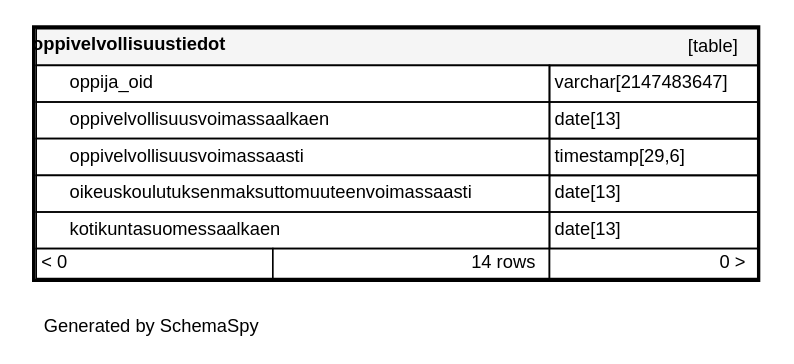
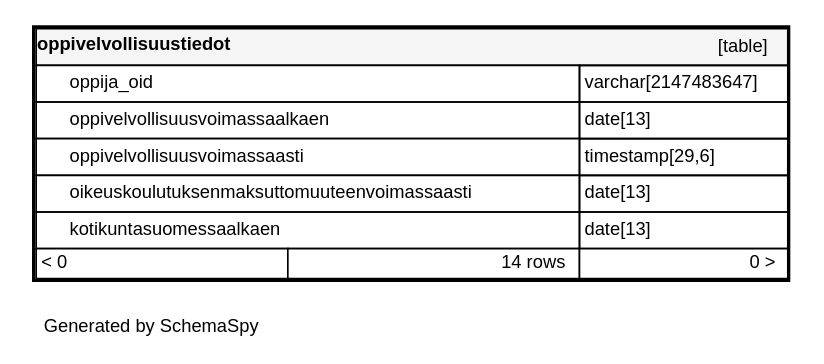
Before and after one commit to Opetushallitus/koski: the diagram in documentation/tietokantaskeemat/koski-raportointikanta/diagrams/tables/oppivelvollisuustiedot.1degree.dot, drawn with Graphviz. The commit also changed 255 other files, not shown here.

```diff
--- a/documentation/tietokantaskeemat/koski-raportointikanta/diagrams/tables/oppivelvollisuustiedot.1degree.dot
+++ b/documentation/tietokantaskeemat/koski-raportointikanta/diagrams/tables/oppivelvollisuustiedot.1degree.dot
@@ -1,18 +1,18 @@
 digraph "oneDegreeRelationshipsDiagram" {
   graph [    rankdir="RL"    bgcolor="#ffffff"    label="\nGenerated by SchemaSpy"    labeljust="l"    nodesep="0.18"    ranksep="0.46"    fontname="Helvetica"    fontsize="11"    ration="compress"  ];  node [    fontname="Helvetica"    fontsize="11"    shape="plaintext"  ];  edge [    arrowsize="0.8"  ];
   "oppivelvollisuustiedot" [
    label=<
     <TABLE BORDER="2" CELLBORDER="1" CELLSPACING="0" BGCOLOR="#ffffff">
-      <TR><TD COLSPAN="4"  BGCOLOR="#f5f5f5"><TABLE BORDER="0" CELLSPACING="0"><TR><TD ALIGN="LEFT" FIXEDSIZE="TRUE" WIDTH="126" HEIGHT="16"><B>oppivelvollisuustiedot</B></TD><TD ALIGN="RIGHT">[table]</TD></TR></TABLE></TD></TR>
-      <TR><TD PORT="oppija_oid" COLSPAN="2" BGCOLOR="#ffffff" ALIGN="LEFT"><TABLE BORDER="0" CELLSPACING="0" ALIGN="LEFT"><TR ALIGN="LEFT"><TD ALIGN="LEFT" FIXEDSIZE="TRUE" WIDTH="15" HEIGHT="16"></TD><TD ALIGN="LEFT" FIXEDSIZE="TRUE" WIDTH="287" HEIGHT="16">oppija_oid</TD></TR></TABLE></TD><TD PORT="oppija_oid.type" ALIGN="LEFT">varchar[2147483647]</TD></TR>
-      <TR><TD PORT="oppivelvollisuusvoimassaalkaen" COLSPAN="2" ALIGN="LEFT"><TABLE BORDER="0" CELLSPACING="0" ALIGN="LEFT"><TR ALIGN="LEFT"><TD ALIGN="LEFT" FIXEDSIZE="TRUE" WIDTH="15" HEIGHT="16"></TD><TD ALIGN="LEFT" FIXEDSIZE="TRUE" WIDTH="287" HEIGHT="16">oppivelvollisuusvoimassaalkaen</TD></TR></TABLE></TD><TD PORT="oppivelvollisuusvoimassaalkaen.type" ALIGN="LEFT">date[13]</TD></TR>
-      <TR><TD PORT="oppivelvollisuusvoimassaasti" COLSPAN="2" BGCOLOR="#ffffff" ALIGN="LEFT"><TABLE BORDER="0" CELLSPACING="0" ALIGN="LEFT"><TR ALIGN="LEFT"><TD ALIGN="LEFT" FIXEDSIZE="TRUE" WIDTH="15" HEIGHT="16"></TD><TD ALIGN="LEFT" FIXEDSIZE="TRUE" WIDTH="287" HEIGHT="16">oppivelvollisuusvoimassaasti</TD></TR></TABLE></TD><TD PORT="oppivelvollisuusvoimassaasti.type" ALIGN="LEFT">timestamp[29,6]</TD></TR>
-      <TR><TD PORT="oikeuskoulutuksenmaksuttomuuteenvoimassaasti" COLSPAN="2" BGCOLOR="#ffffff" ALIGN="LEFT"><TABLE BORDER="0" CELLSPACING="0" ALIGN="LEFT"><TR ALIGN="LEFT"><TD ALIGN="LEFT" FIXEDSIZE="TRUE" WIDTH="15" HEIGHT="16"></TD><TD ALIGN="LEFT" FIXEDSIZE="TRUE" WIDTH="287" HEIGHT="16">oikeuskoulutuksenmaksuttomuuteenvoimassaasti</TD></TR></TABLE></TD><TD PORT="oikeuskoulutuksenmaksuttomuuteenvoimassaasti.type" ALIGN="LEFT">date[13]</TD></TR>
-      <TR><TD PORT="kotikuntasuomessaalkaen" COLSPAN="2" ALIGN="LEFT"><TABLE BORDER="0" CELLSPACING="0" ALIGN="LEFT"><TR ALIGN="LEFT"><TD ALIGN="LEFT" FIXEDSIZE="TRUE" WIDTH="15" HEIGHT="16"></TD><TD ALIGN="LEFT" FIXEDSIZE="TRUE" WIDTH="287" HEIGHT="16">kotikuntasuomessaalkaen</TD></TR></TABLE></TD><TD PORT="kotikuntasuomessaalkaen.type" ALIGN="LEFT">date[13]</TD></TR>
+      <TR><TD COLSPAN="4"  BGCOLOR="#f5f5f5"><TABLE BORDER="0" CELLSPACING="0"><TR><TD ALIGN="LEFT" FIXEDSIZE="TRUE" WIDTH="132" HEIGHT="16"><B>oppivelvollisuustiedot</B></TD><TD ALIGN="RIGHT">[table]</TD></TR></TABLE></TD></TR>
+      <TR><TD PORT="oppija_oid" COLSPAN="2" BGCOLOR="#ffffff" ALIGN="LEFT"><TABLE BORDER="0" CELLSPACING="0" ALIGN="LEFT"><TR ALIGN="LEFT"><TD ALIGN="LEFT" FIXEDSIZE="TRUE" WIDTH="15" HEIGHT="16"></TD><TD ALIGN="LEFT" FIXEDSIZE="TRUE" WIDTH="305" HEIGHT="16">oppija_oid</TD></TR></TABLE></TD><TD PORT="oppija_oid.type" ALIGN="LEFT">varchar[2147483647]</TD></TR>
+      <TR><TD PORT="oppivelvollisuusvoimassaalkaen" COLSPAN="2" ALIGN="LEFT"><TABLE BORDER="0" CELLSPACING="0" ALIGN="LEFT"><TR ALIGN="LEFT"><TD ALIGN="LEFT" FIXEDSIZE="TRUE" WIDTH="15" HEIGHT="16"></TD><TD ALIGN="LEFT" FIXEDSIZE="TRUE" WIDTH="305" HEIGHT="16">oppivelvollisuusvoimassaalkaen</TD></TR></TABLE></TD><TD PORT="oppivelvollisuusvoimassaalkaen.type" ALIGN="LEFT">date[13]</TD></TR>
+      <TR><TD PORT="oppivelvollisuusvoimassaasti" COLSPAN="2" BGCOLOR="#ffffff" ALIGN="LEFT"><TABLE BORDER="0" CELLSPACING="0" ALIGN="LEFT"><TR ALIGN="LEFT"><TD ALIGN="LEFT" FIXEDSIZE="TRUE" WIDTH="15" HEIGHT="16"></TD><TD ALIGN="LEFT" FIXEDSIZE="TRUE" WIDTH="305" HEIGHT="16">oppivelvollisuusvoimassaasti</TD></TR></TABLE></TD><TD PORT="oppivelvollisuusvoimassaasti.type" ALIGN="LEFT">timestamp[29,6]</TD></TR>
+      <TR><TD PORT="oikeuskoulutuksenmaksuttomuuteenvoimassaasti" COLSPAN="2" BGCOLOR="#ffffff" ALIGN="LEFT"><TABLE BORDER="0" CELLSPACING="0" ALIGN="LEFT"><TR ALIGN="LEFT"><TD ALIGN="LEFT" FIXEDSIZE="TRUE" WIDTH="15" HEIGHT="16"></TD><TD ALIGN="LEFT" FIXEDSIZE="TRUE" WIDTH="305" HEIGHT="16">oikeuskoulutuksenmaksuttomuuteenvoimassaasti</TD></TR></TABLE></TD><TD PORT="oikeuskoulutuksenmaksuttomuuteenvoimassaasti.type" ALIGN="LEFT">date[13]</TD></TR>
+      <TR><TD PORT="kotikuntasuomessaalkaen" COLSPAN="2" ALIGN="LEFT"><TABLE BORDER="0" CELLSPACING="0" ALIGN="LEFT"><TR ALIGN="LEFT"><TD ALIGN="LEFT" FIXEDSIZE="TRUE" WIDTH="15" HEIGHT="16"></TD><TD ALIGN="LEFT" FIXEDSIZE="TRUE" WIDTH="305" HEIGHT="16">kotikuntasuomessaalkaen</TD></TR></TABLE></TD><TD PORT="kotikuntasuomessaalkaen.type" ALIGN="LEFT">date[13]</TD></TR>
       <TR><TD ALIGN="LEFT" BGCOLOR="#ffffff">&lt; 0</TD><TD ALIGN="RIGHT" BGCOLOR="#ffffff">14 rows</TD><TD ALIGN="RIGHT" BGCOLOR="#ffffff">0 &gt;</TD></TR>
     </TABLE>>
     URL="../../tables/oppivelvollisuustiedot.html"
     target="_top"
     tooltip="oppivelvollisuustiedot"
   ];
 }
```
